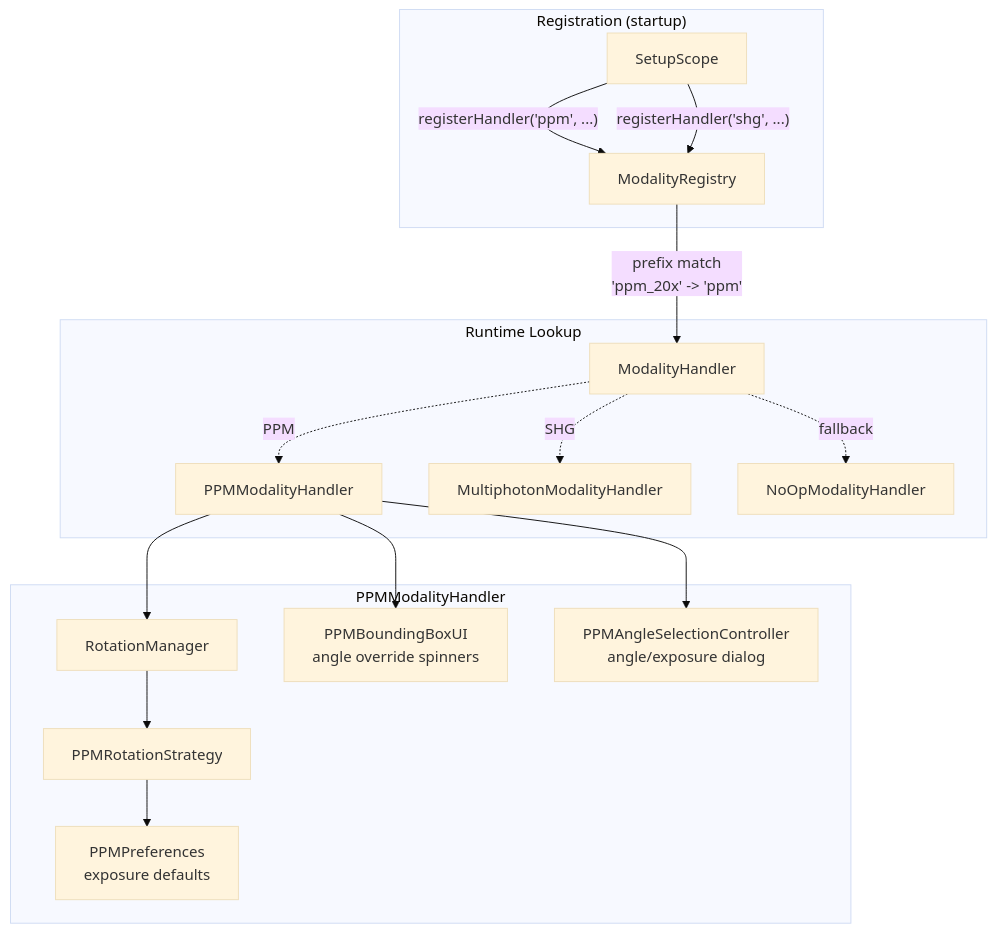
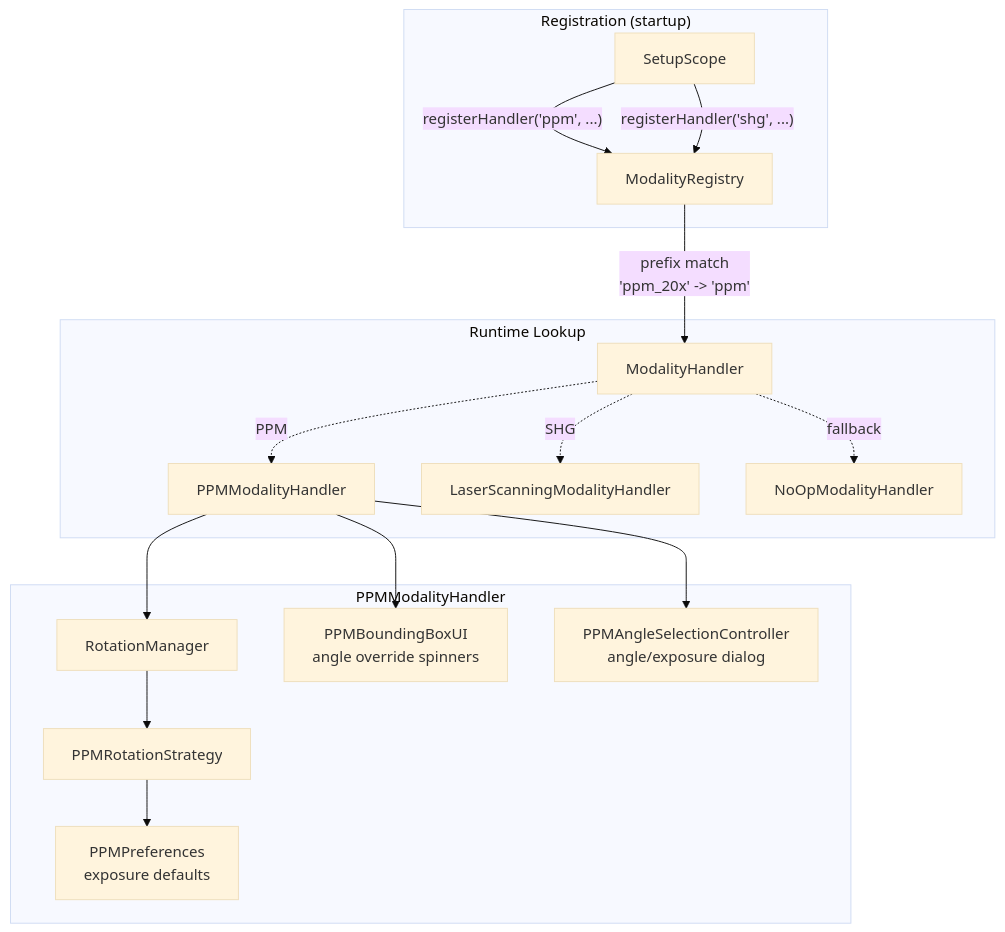
One commit to uw-loci/qupath-extension-qpsc changed the fourth of 7 diagrams in documentation/developer/ARCHITECTURE.md. Above: the diagram before and after it, drawn with Mermaid (base theme). The commit also changed other lines of this file and 6 other files, not shown here.

````diff
--- a/documentation/developer/ARCHITECTURE.md
+++ b/documentation/developer/ARCHITECTURE.md
@@ -175,22 +175,22 @@
 ```mermaid
 graph TB
     subgraph "Registration (startup)"
         SS[SetupScope] -->|"registerHandler('ppm', ...)"| MR[ModalityRegistry]
         SS -->|"registerHandler('shg', ...)"| MR
     end
 
     subgraph "Runtime Lookup"
         MR -->|"prefix match<br/>'ppm_20x' -> 'ppm'"| MH[ModalityHandler]
         MH -.->|"PPM"| PPM[PPMModalityHandler]
-        MH -.->|"SHG"| MPH[MultiphotonModalityHandler]
+        MH -.->|"SHG"| LSM[LaserScanningModalityHandler]
         MH -.->|"fallback"| NOP[NoOpModalityHandler]
     end
 
     subgraph "PPMModalityHandler"
         PPM --> RM[RotationManager]
         RM --> RS[PPMRotationStrategy]
         RS --> PP[PPMPreferences<br/>exposure defaults]
         PPM --> BUI[PPMBoundingBoxUI<br/>angle override spinners]
         PPM --> PASC[PPMAngleSelectionController<br/>angle/exposure dialog]
     end
 ```
````
